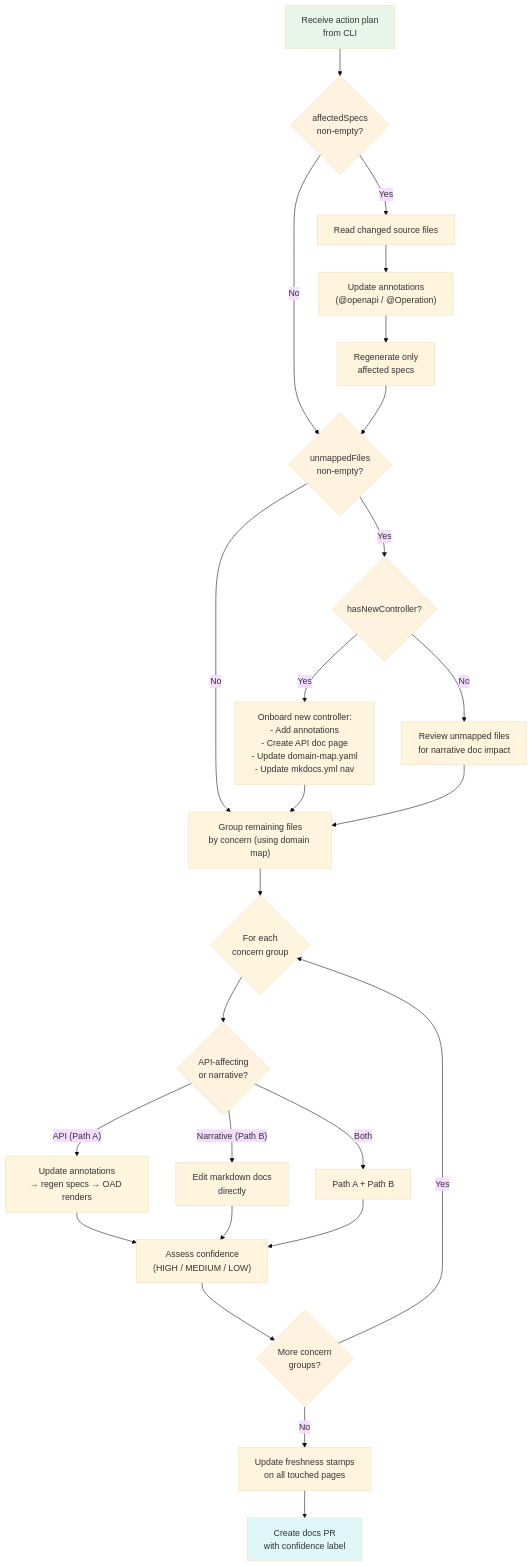
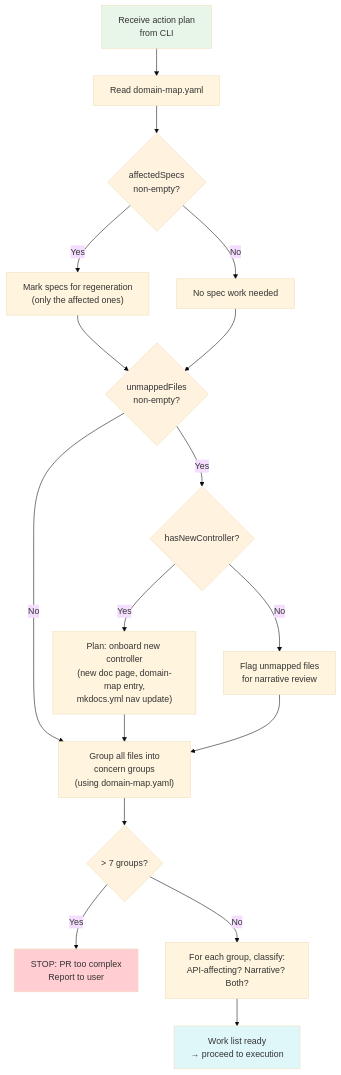
Before and after one commit to bnbarak/cognition: the second of 4 diagrams in presentation/high-level-overview.md, drawn with Mermaid (base theme). The commit also changed other lines of this file, not shown here.

Commit message:
docs: split reactive agent into analysis + execution diagrams

````diff
--- a/presentation/high-level-overview.md
+++ b/presentation/high-level-overview.md
@@ -47,45 +47,35 @@
 ```mermaid
 flowchart TD
-    Start["Receive action plan\nfrom CLI"] --> HasSpecs{"affectedSpecs\nnon-empty?"}
+    Start["Receive action plan\nfrom CLI"] --> ReadMap["Read domain-map.yaml"]
+    ReadMap --> HasSpecs{"affectedSpecs\nnon-empty?"}
 
-    HasSpecs -->|"Yes"| ReadSources["Read changed source files"]
-    HasSpecs -->|"No"| CheckUnmapped{"unmappedFiles\nnon-empty?"}
+    HasSpecs -->|"Yes"| MarkSpecs["Mark specs for regeneration\n(only the affected ones)"]
+    HasSpecs -->|"No"| SkipSpecs["No spec work needed"]
 
-    ReadSources --> UpdateAnnotations["Update annotations\n(@openapi / @Operation)"]
-    UpdateAnnotations --> RegenSpecs["Regenerate only\naffected specs"]
-    RegenSpecs --> CheckUnmapped
+    MarkSpecs --> CheckUnmapped
+    SkipSpecs --> CheckUnmapped
 
-    CheckUnmapped -->|"Yes"| NewCtrl{"hasNewController?"}
+    CheckUnmapped{"unmappedFiles\nnon-empty?"} -->|"Yes"| NewCtrl{"hasNewController?"}
     CheckUnmapped -->|"No"| GroupConcerns
 
-    NewCtrl -->|"Yes"| Onboard["Onboard new controller:\n- Add annotations\n- Create API doc page\n- Update domain-map.yaml\n- Update mkdocs.yml nav"]
-    NewCtrl -->|"No"| ReviewUnmapped["Review unmapped files\nfor narrative doc impact"]
+    NewCtrl -->|"Yes"| PlanOnboard["Plan: onboard new controller\n(new doc page, domain-map entry,\nmkdocs.yml nav update)"]
+    NewCtrl -->|"No"| ReviewUnmapped["Flag unmapped files\nfor narrative review"]
 
-    Onboard --> GroupConcerns["Group remaining files\nby concern (using domain map)"]
+    PlanOnboard --> GroupConcerns
     ReviewUnmapped --> GroupConcerns
 
-    GroupConcerns --> ForEach{"For each\nconcern group"}
+    GroupConcerns["Group all files into\nconcern groups\n(using domain-map.yaml)"] --> TooMany{"> 7 groups?"}
 
-    ForEach --> ChoosePath{"API-affecting\nor narrative?"}
-    ChoosePath -->|"API (Path A)"| PathA["Update annotations\n→ regen specs → OAD renders"]
-    ChoosePath -->|"Narrative (Path B)"| PathB["Edit markdown docs\ndirectly"]
-    ChoosePath -->|"Both"| PathAB["Path A + Path B"]
+    TooMany -->|"Yes"| Bail["STOP: PR too complex\nReport to user"]
+    TooMany -->|"No"| Classify
 
-    PathA --> Confidence["Assess confidence\n(HIGH / MEDIUM / LOW)"]
-    PathB --> Confidence
-    PathAB --> Confidence
-
-    Confidence --> MoreGroups{"More concern\ngroups?"}
-    MoreGroups -->|"Yes"| ForEach
-    MoreGroups -->|"No"| Stamps["Update freshness stamps\non all touched pages"]
-
-    Stamps --> CreatePR["Create docs PR\nwith confidence label"]
+    Classify["For each group, classify:\nAPI-affecting? Narrative? Both?"] --> WorkList["Work list ready\n→ proceed to execution"]
 
     style Start fill:#e8f5e9
     style HasSpecs fill:#fff3e0
     style CheckUnmapped fill:#fff3e0
     style NewCtrl fill:#fff3e0
-    style ChoosePath fill:#fff3e0
-    style MoreGroups fill:#fff3e0
-    style CreatePR fill:#e0f7fa
+    style TooMany fill:#fff3e0
+    style Bail fill:#ffcdd2
+    style WorkList fill:#e0f7fa
 ```
````
